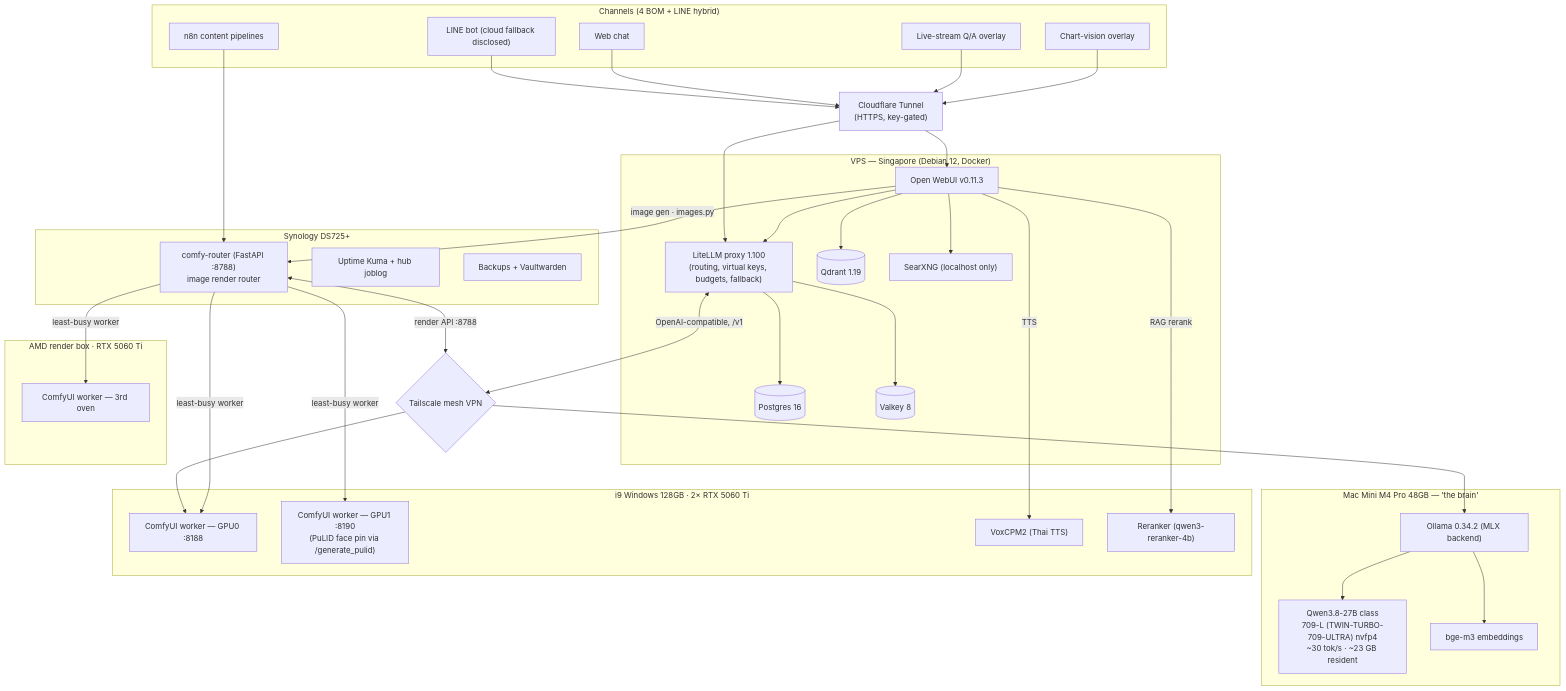
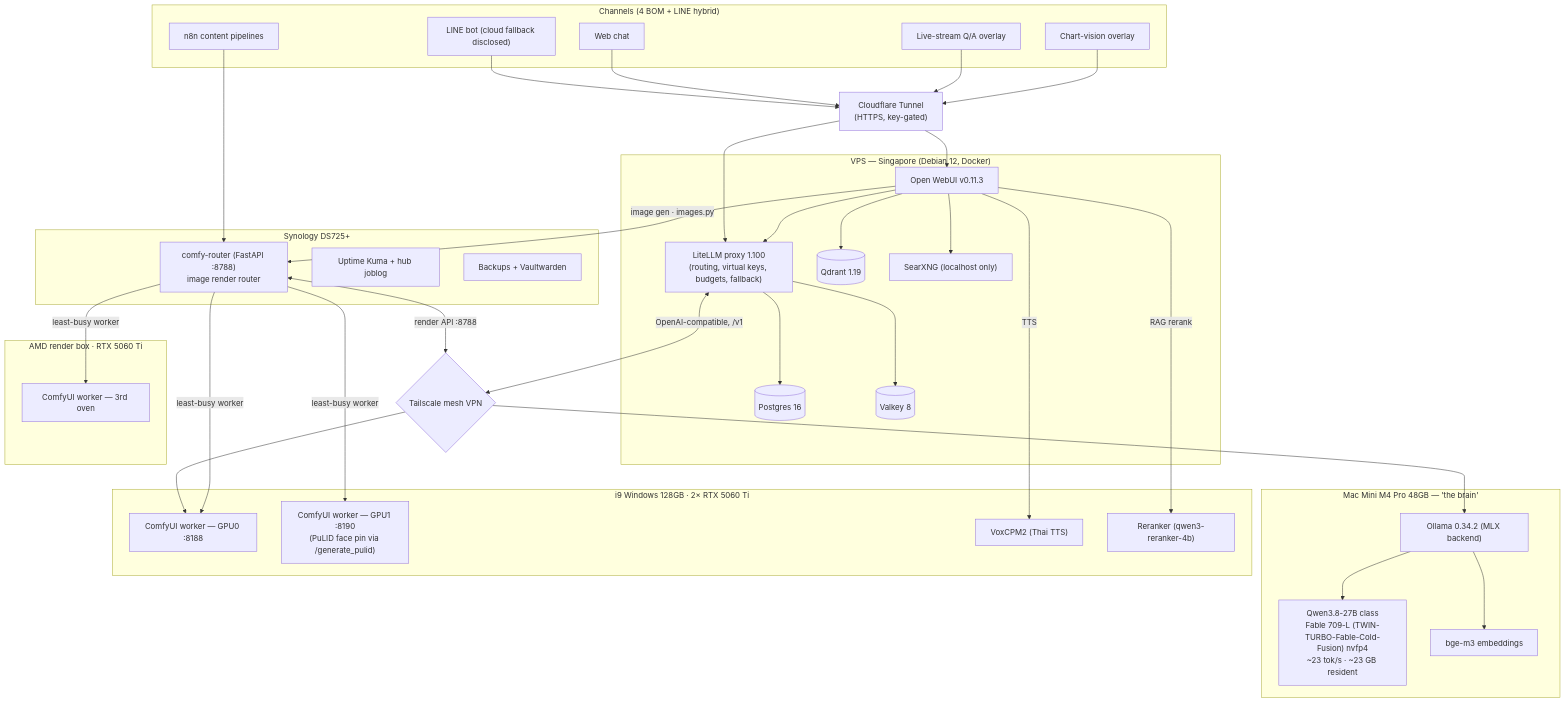
One commit to siamcafe/bomllm changed the diagram in README.md. Above: the diagram before and after it, drawn with Mermaid. The commit also changed other lines of this file and 3 other files, not shown here.

````diff
--- a/README.md
+++ b/README.md
@@ -23,63 +23,63 @@
 ```mermaid
 flowchart TB
     subgraph USERS["Channels (4 BOM + LINE hybrid)"]
         WEB["Web chat"]
         N8NP["n8n content pipelines"]
         LSO["Live-stream Q/A overlay"]
         CVO["Chart-vision overlay"]
         LINE["LINE bot (cloud fallback disclosed)"]
     end
 
     CF["Cloudflare Tunnel<br/>(HTTPS, key-gated)"]
 
     subgraph VPS["VPS — Singapore (Debian 12, Docker)"]
         OW["Open WebUI v0.11.3"]
         LL["LiteLLM proxy 1.100<br/>(routing, virtual keys, budgets, fallback)"]
         PG[("Postgres 16")]
         QD[("Qdrant 1.19")]
         VY[("Valkey 8")]
         SX["SearXNG (localhost only)"]
     end
 
     TS{"Tailscale mesh VPN"}
 
     subgraph MAC["Mac Mini M4 Pro 48GB — 'the brain'"]
         OL["Ollama 0.34.2 (MLX backend)"]
-        M1["Qwen3.8-27B class<br/>709-L (TWIN-TURBO-709-ULTRA) nvfp4<br/>~30 tok/s · ~23 GB resident"]
+        M1["Qwen3.8-27B class<br/>Fable 709-L (TWIN-TURBO-Fable-Cold-Fusion) nvfp4<br/>~23 tok/s · ~23 GB resident"]
         EMB["bge-m3 embeddings"]
     end
 
     subgraph I9["i9 Windows 128GB · 2× RTX 5060 Ti"]
         CU0["ComfyUI worker — GPU0 :8188"]
         CU1["ComfyUI worker — GPU1 :8190<br/>(PuLID face pin via /generate_pulid)"]
         TTS["VoxCPM2 (Thai TTS)"]
         RR["Reranker (qwen3-reranker-4b)"]
     end
 
     subgraph AMD["AMD render box · RTX 5060 Ti"]
         CUA["ComfyUI worker — 3rd oven"]
     end
 
     subgraph NAS["Synology DS725+"]
         CR["comfy-router (FastAPI :8788)<br/>image render router"]
         MON["Uptime Kuma + hub joblog"]
         BAK["Backups + Vaultwarden"]
     end
 
     LINE & WEB & LSO & CVO --> CF
     N8NP --> CR
     CF --> OW & LL
     OW --> LL
     LL --> PG & VY
     OW --> SX
     OW --> QD
     LL <-->|"OpenAI-compatible, /v1"| TS
     CR <-->|"render API :8788"| TS
     TS --> OL
     TS --> CU0
     OL --> M1 & EMB
     OW -->|"image gen · images.py"| CR
     CR -->|"least-busy worker"| CU0 & CU1 & CUA
     OW -->|TTS| TTS
     OW -->|RAG rerank| RR
 ```
````
